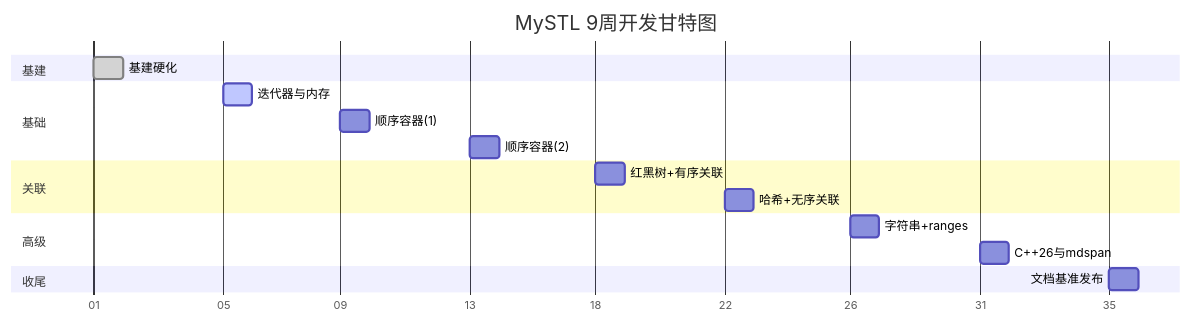
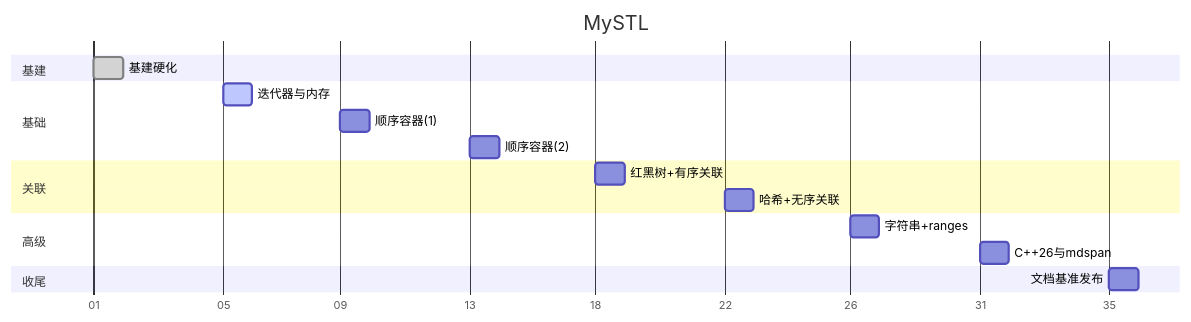
One commit to sleepfor12/MySTL changed the second of 2 diagrams in docs/plan.md. Above: the diagram before and after it, drawn with Mermaid. The commit also changed other lines of this file and 5 other files, not shown here.

````diff
--- a/docs/plan.md
+++ b/docs/plan.md
@@ -152,20 +141,20 @@
 ```mermaid
 gantt
-  title MySTL 9周开发甘特图
+  title MySTL 
   dateFormat  WW
   axisFormat  %W
   section 基建
   基建硬化          :done, 01, 1w
   section 基础
   迭代器与内存      :active, 02, 1w
   顺序容器(1)       : 03, 1w
   顺序容器(2)       : 04, 1w
   section 关联
   红黑树+有序关联   : 05, 1w
   哈希+无序关联     : 06, 1w
   section 高级
   字符串+ranges     : 07, 1w
   C++26与mdspan     : 08, 1w
   section 收尾
   文档基准发布      : 09, 1w
 ```
````
